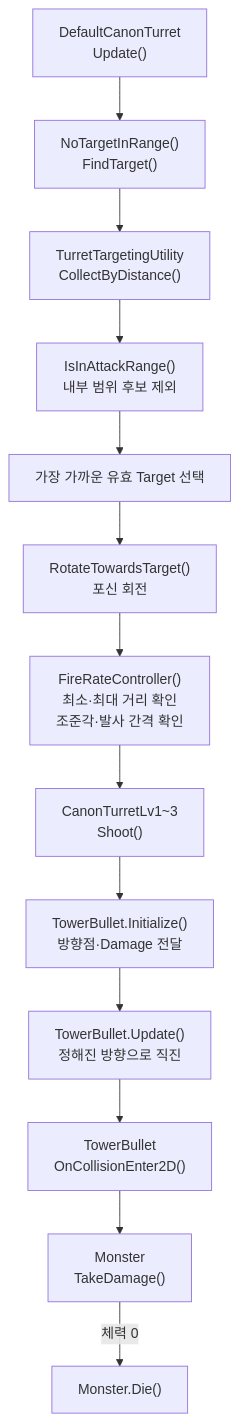
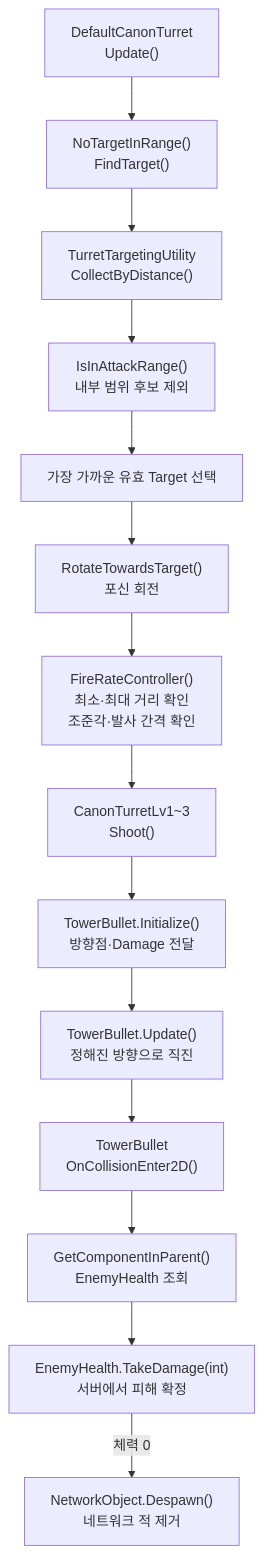
Before and after one commit to Team-HJD-21/unity-6-the-developer: the sixth of 13 diagrams in Docs/architecture/turret-system-guide.md, drawn with Mermaid. The commit also changed other lines of this file, not shown here.

Commit message:
docs(tower): update enemy targeting and damage flows

````diff
--- a/Docs/architecture/turret-system-guide.md
+++ b/Docs/architecture/turret-system-guide.md
@@ -309,15 +309,16 @@
 ```mermaid
 flowchart TD
     Update["DefaultCanonTurret<br>Update()"] --> Search["NoTargetInRange()<br>FindTarget()"]
     Search --> Collect["TurretTargetingUtility<br>CollectByDistance()"]
     Collect --> RangeCheck["IsInAttackRange()<br>내부 범위 후보 제외"]
     RangeCheck --> Target["가장 가까운 유효 Target 선택"]
     Target --> Rotate["RotateTowardsTarget()<br>포신 회전"]
     Rotate --> Fire["FireRateController()<br>최소·최대 거리 확인<br>조준각·발사 간격 확인"]
     Fire --> Shoot["CanonTurretLv1~3<br>Shoot()"]
     Shoot --> Init["TowerBullet.Initialize()<br>방향점·Damage 전달"]
     Init --> Move["TowerBullet.Update()<br>정해진 방향으로 직진"]
     Move --> Collision["TowerBullet<br>OnCollisionEnter2D()"]
-    Collision --> Damage["Monster<br>TakeDamage()"]
-    Damage -->|체력 0| Die["Monster.Die()"]
+    Collision --> Health["GetComponentInParent()<br>EnemyHealth 조회"]
+    Health --> Damage["EnemyHealth.TakeDamage(int)<br>서버에서 피해 확정"]
+    Damage -->|체력 0| Die["NetworkObject.Despawn()<br>네트워크 적 제거"]
 ```
````
